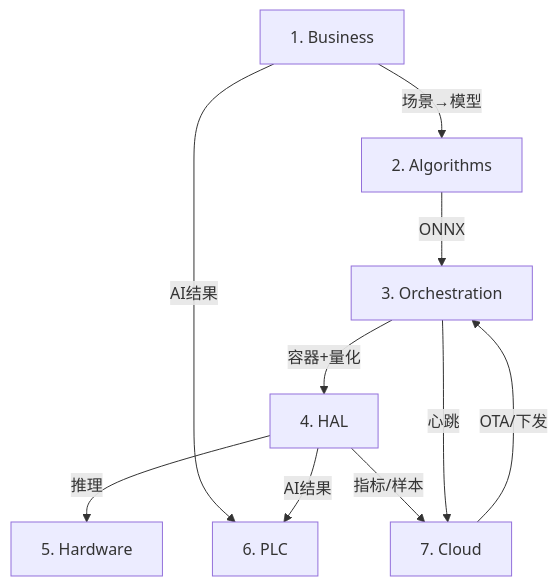
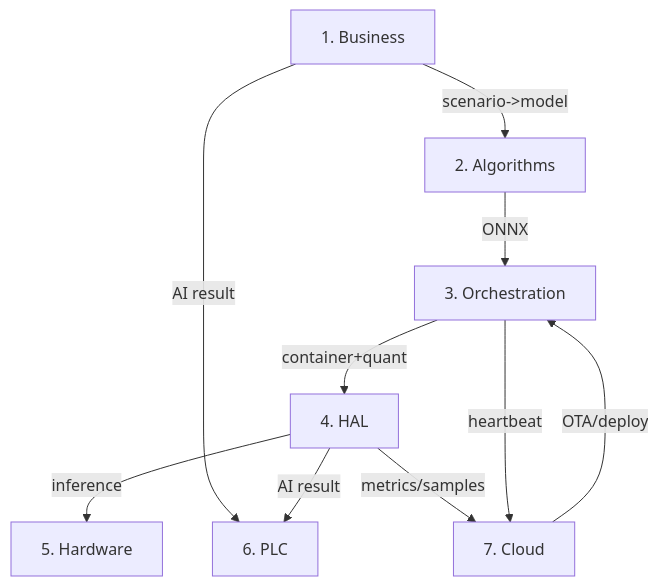
Before and after one commit to JeffRen1977/smartCamera: the diagram in docs/architecture/README.md, drawn with Mermaid. The commit also changed other lines of this file and 36 other files, not shown here.

````diff
--- a/docs/architecture/README.md
+++ b/docs/architecture/README.md
@@ -19,20 +19,20 @@
 ```mermaid
 flowchart TD
     L1[1. Business]
     L2[2. Algorithms]
     L3[3. Orchestration]
     L4[4. HAL]
     L5[5. Hardware]
     L6[6. PLC]
     L7[7. Cloud]
 
-    L1 -->|场景→模型| L2
+    L1 -->|scenario->model| L2
     L2 -->|ONNX| L3
-    L3 -->|容器+量化| L4
-    L4 -->|推理| L5
-    L1 -->|AI结果| L6
-    L4 -->|AI结果| L6
-    L7 -->|OTA/下发| L3
-    L4 -->|指标/样本| L7
-    L3 -->|心跳| L7
+    L3 -->|container+quant| L4
+    L4 -->|inference| L5
+    L1 -->|AI result| L6
+    L4 -->|AI result| L6
+    L7 -->|OTA/deploy| L3
+    L4 -->|metrics/samples| L7
+    L3 -->|heartbeat| L7
 ```
````
